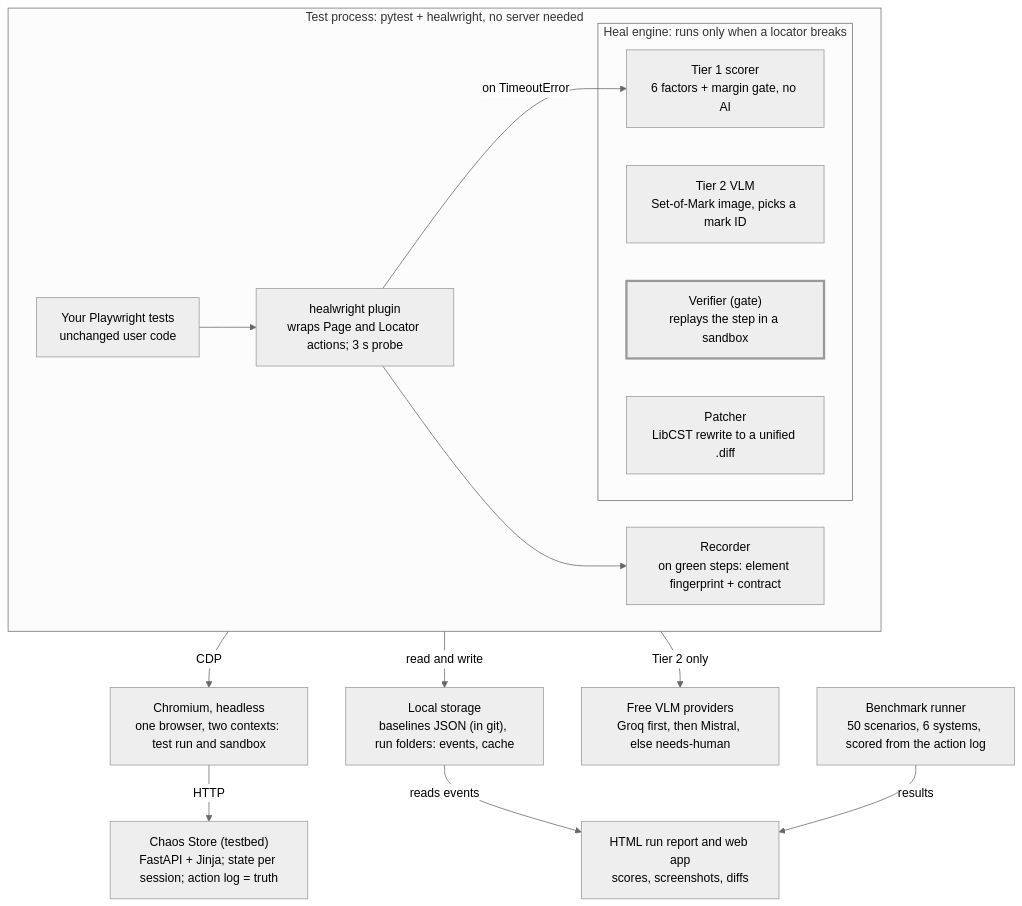
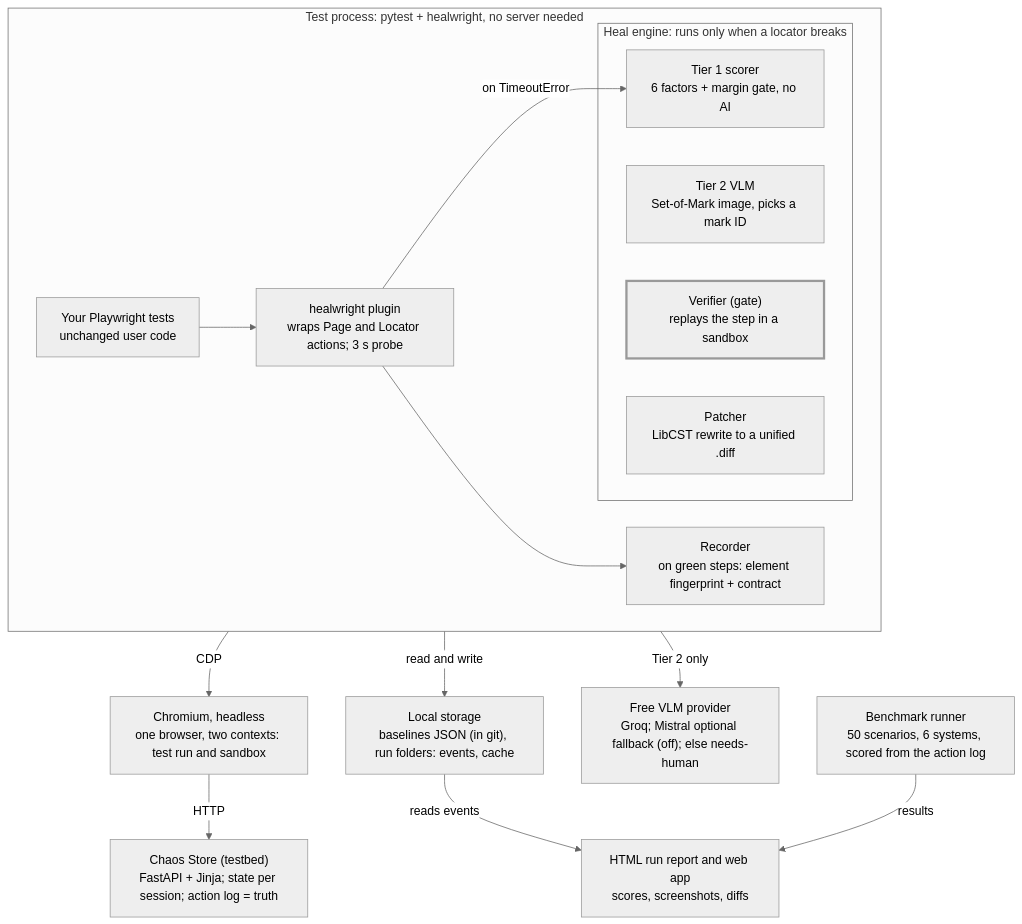
The diagram in README.md (zaidbinnaveed/HealWright), drawn with Mermaid (neutral theme) before and after one commit. The commit also changed other lines of this file and 15 other files, not shown here.

````diff
--- a/README.md
+++ b/README.md
@@ -27,21 +29,21 @@
 ```mermaid
 flowchart TB
     subgraph TP["Test process: pytest + healwright, no server needed"]
         T["Your Playwright tests<br/>unchanged user code"] --> P["healwright plugin<br/>wraps Page and Locator actions; 3 s probe"]
         P --> R["Recorder<br/>on green steps: element fingerprint + contract"]
         P -- "on TimeoutError" --> E1
         subgraph ENG["Heal engine: runs only when a locator breaks"]
             E1["Tier 1 scorer<br/>6 factors + margin gate, no AI"]
             E2["Tier 2 VLM<br/>Set-of-Mark image, picks a mark ID"]
             E3["Verifier (gate)<br/>replays the step in a sandbox"]
             E4["Patcher<br/>LibCST rewrite to a unified .diff"]
         end
     end
     TP -- "CDP" --> C["Chromium, headless<br/>one browser, two contexts: test run and sandbox"]
     TP -- "read and write" --> S["Local storage<br/>baselines JSON (in git), run folders: events, cache"]
-    TP -- "Tier 2 only" --> V["Free VLM providers<br/>Groq first, then Mistral, else needs-human"]
+    TP -- "Tier 2 only" --> V["Free VLM provider<br/>Groq; Mistral optional fallback (off); else needs-human"]
     C -- "HTTP" --> CS["Chaos Store (testbed)<br/>FastAPI + Jinja; state per session; action log = truth"]
     S -- "reads events" --> HR["HTML run report and web app<br/>scores, screenshots, diffs"]
     BR["Benchmark runner<br/>50 scenarios, 6 systems, scored from the action log"] -- "results" --> HR
     style E3 stroke-width:3px
 ```
````
